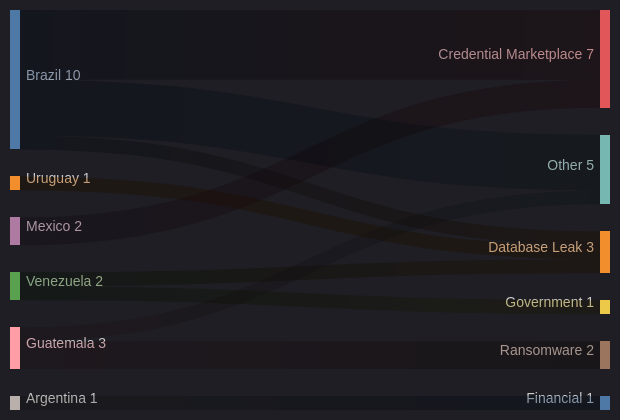
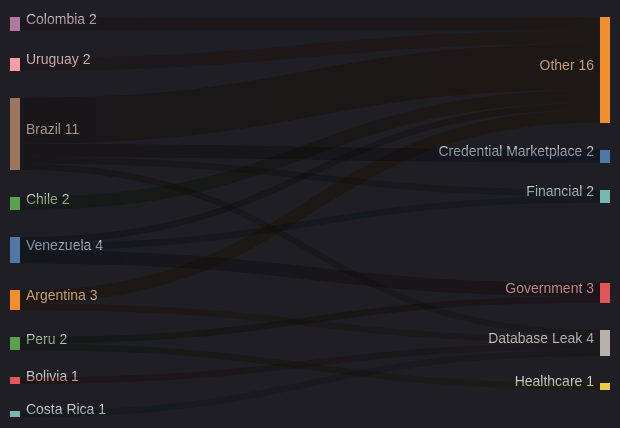
The third of 5 diagrams in exfiltradaz.md (ZoqueLabs/website), drawn with Mermaid before and after one commit. The commit also changed other lines of this file, not shown here.

````diff
--- a/exfiltradaz.md
+++ b/exfiltradaz.md
@@ -79,17 +86,23 @@
 ```mermaid
 ---
 config:
   theme: dark
 ---
 sankey-beta
+  Venezuela,Other,1
+  Venezuela,Government,2
+  Venezuela,Financial,1
+  Peru,Government,1
+  Peru,Healthcare,1
+  Colombia,Other,2
+  Uruguay,Other,2
+  Brazil,Other,7
   Brazil,Database Leak,1
-  Brazil,Credential Marketplace,5
-  Brazil,Other,4
-  Venezuela,Government,1
-  Venezuela,Database Leak,1
-  Mexico,Credential Marketplace,2
-  Guatemala,Ransomware,2
-  Guatemala,Other,1
-  Argentina,Financial,1
-  Uruguay,Database Leak,1
+  Brazil,Credential Marketplace,2
+  Brazil,Financial,1
+  Argentina,Database Leak,1
+  Argentina,Other,2
+  Bolivia,Database Leak,1
+  Costa Rica,Database Leak,1
+  Chile,Other,2
 ```
````
